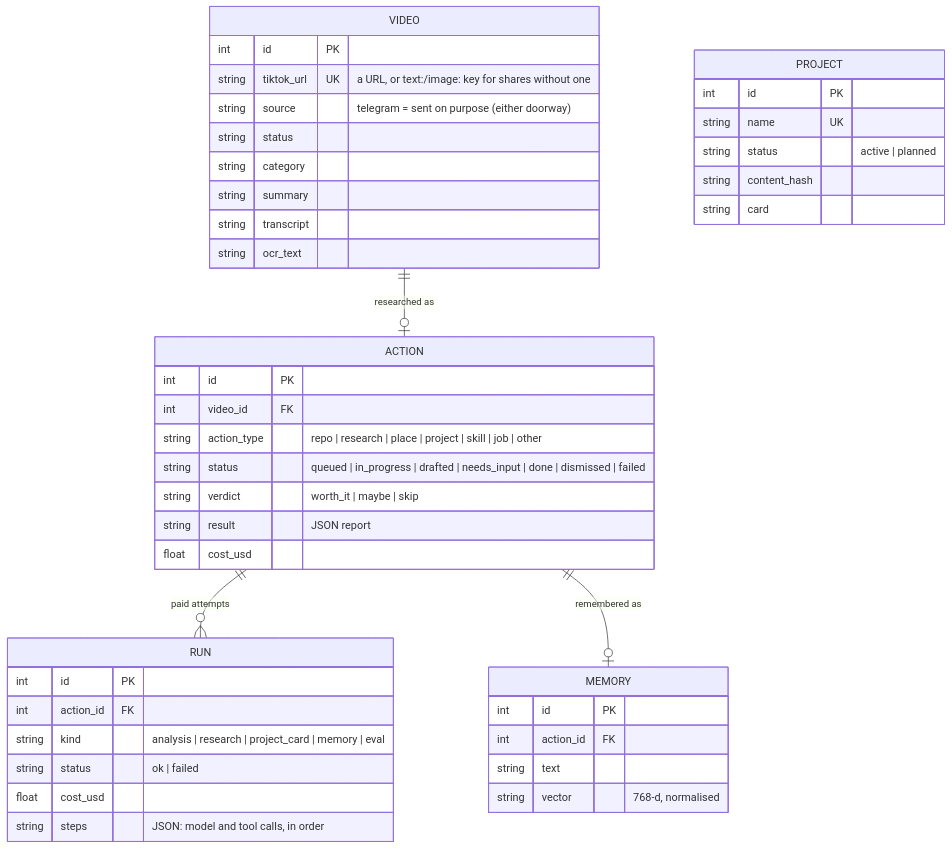
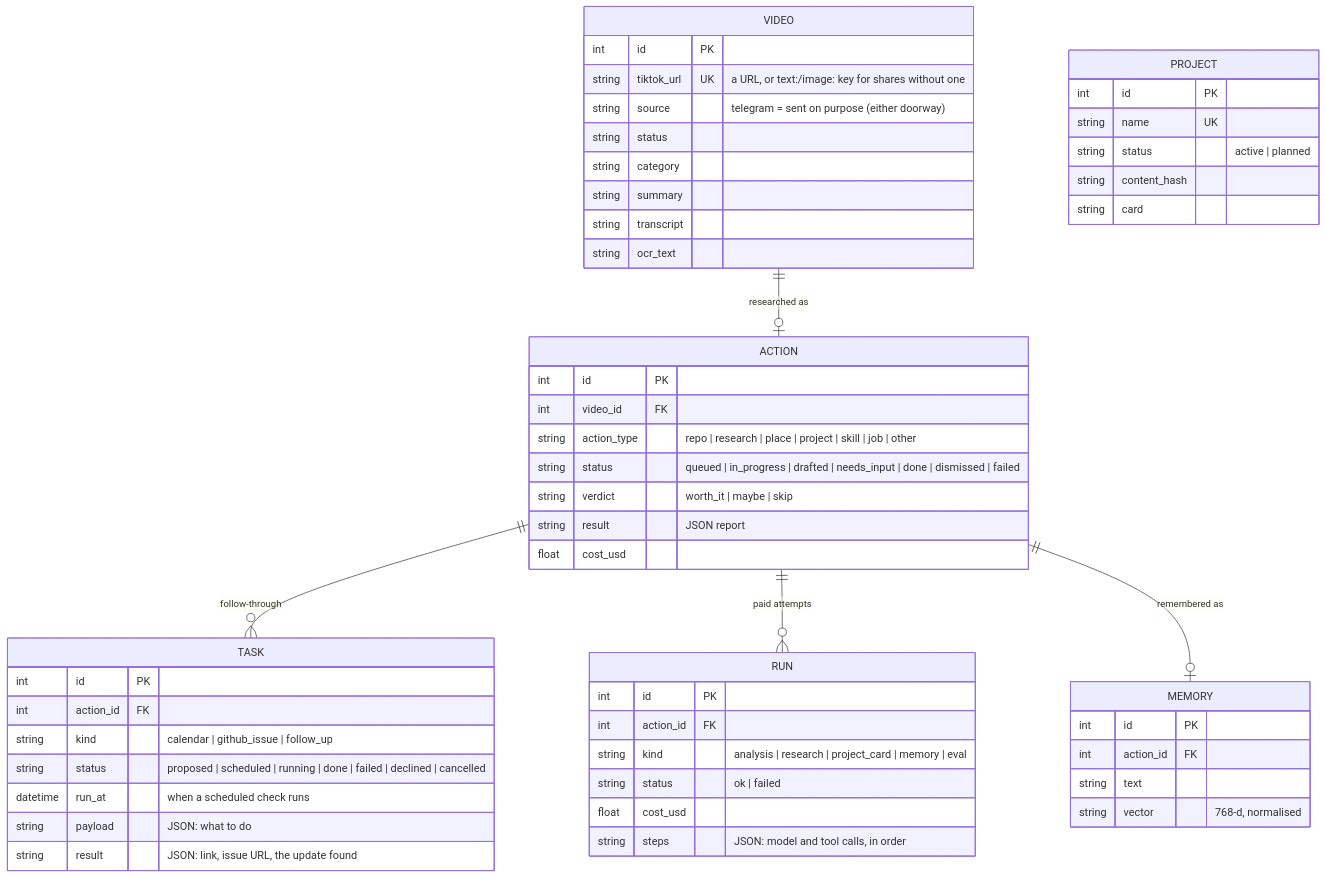
One commit to mattthomas7641/saved-video-intelligence changed the second of 2 diagrams in ARCHITECTURE.md. Above: the diagram before and after it, drawn with Mermaid. The commit also changed other lines of this file and 4 other files, not shown here.

First line of the commit message:
Eval comparisons across models and tiers; docs for follow-through, MCP and traces

````diff
--- a/ARCHITECTURE.md
+++ b/ARCHITECTURE.md
@@ -36,46 +42,56 @@
 ```mermaid
 erDiagram
+    ACTION ||--o{ TASK : "follow-through"
+    TASK {
+        int id PK
+        int action_id FK
+        string kind "calendar | github_issue | follow_up"
+        string status "proposed | scheduled | running | done | failed | declined | cancelled"
+        datetime run_at "when a scheduled check runs"
+        string payload "JSON: what to do"
+        string result "JSON: link, issue URL, the update found"
+    }
     VIDEO ||--o| ACTION : "researched as"
     VIDEO {
         int id PK
         string tiktok_url UK "a URL, or text:/image: key for shares without one"
         string source "telegram = sent on purpose (either doorway)"
         string status
         string category
         string summary
         string transcript
         string ocr_text
     }
     ACTION {
         int id PK
         int video_id FK
         string action_type "repo | research | place | project | skill | job | other"
         string status "queued | in_progress | drafted | needs_input | done | dismissed | failed"
         string verdict "worth_it | maybe | skip"
         string result "JSON report"
         float cost_usd
     }
     ACTION ||--o{ RUN : "paid attempts"
     ACTION ||--o| MEMORY : "remembered as"
     RUN {
         int id PK
         int action_id FK
         string kind "analysis | research | project_card | memory | eval"
         string status "ok | failed"
         float cost_usd
         string steps "JSON: model and tool calls, in order"
     }
     MEMORY {
         int id PK
         int action_id FK
         string text
         string vector "768-d, normalised"
     }
     PROJECT {
         int id PK
         string name UK
         string status "active | planned"
         string content_hash
         string card
     }
 ```
````
